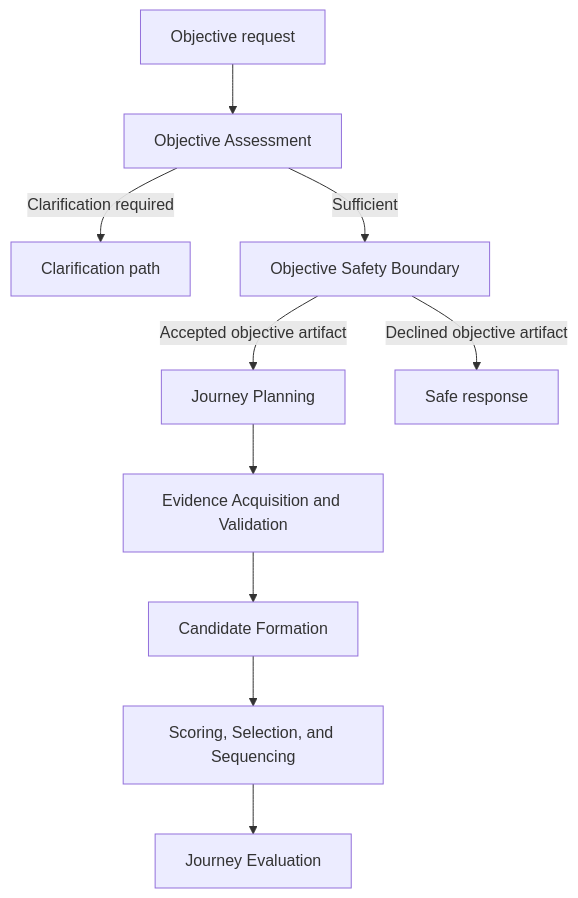
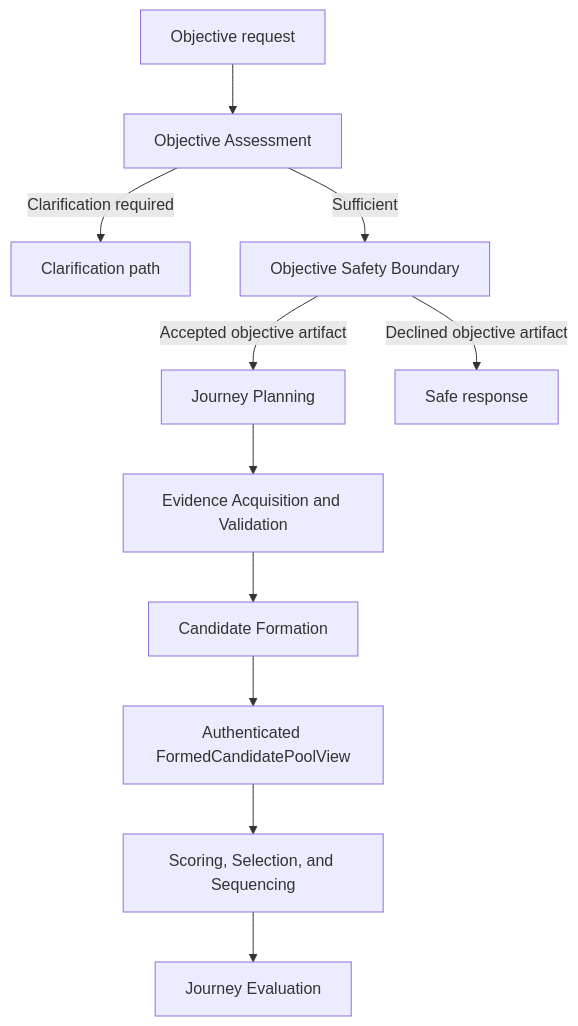
The diagram in docs/architecture.md (kevin7773/PlaylistNarrative), drawn with Mermaid before and after one commit. The commit also changed other lines of this file and 7 other files, not shown here.

````diff
--- a/docs/architecture.md
+++ b/docs/architecture.md
@@ -45,12 +46,13 @@
 ```mermaid
 flowchart TD
     A["Objective request"] --> B["Objective Assessment"]
     B -->|"Clarification required"| C["Clarification path"]
     B -->|"Sufficient"| D["Objective Safety Boundary"]
     D -->|"Accepted objective artifact"| E["Journey Planning"]
     D -->|"Declined objective artifact"| F["Safe response"]
     E --> G["Evidence Acquisition and Validation"]
     G --> J["Candidate Formation"]
-    J --> H["Scoring, Selection, and Sequencing"]
+    J --> K["Authenticated FormedCandidatePoolView"]
+    K --> H["Scoring, Selection, and Sequencing"]
     H --> I["Journey Evaluation"]
 ```
````
